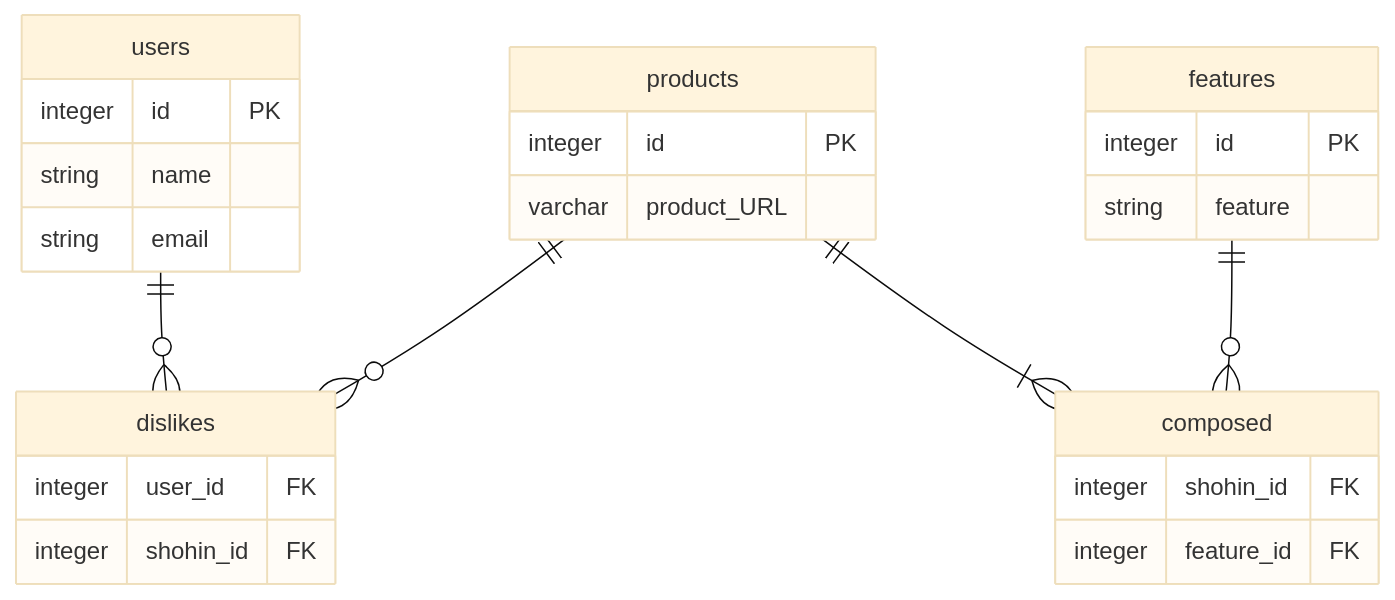
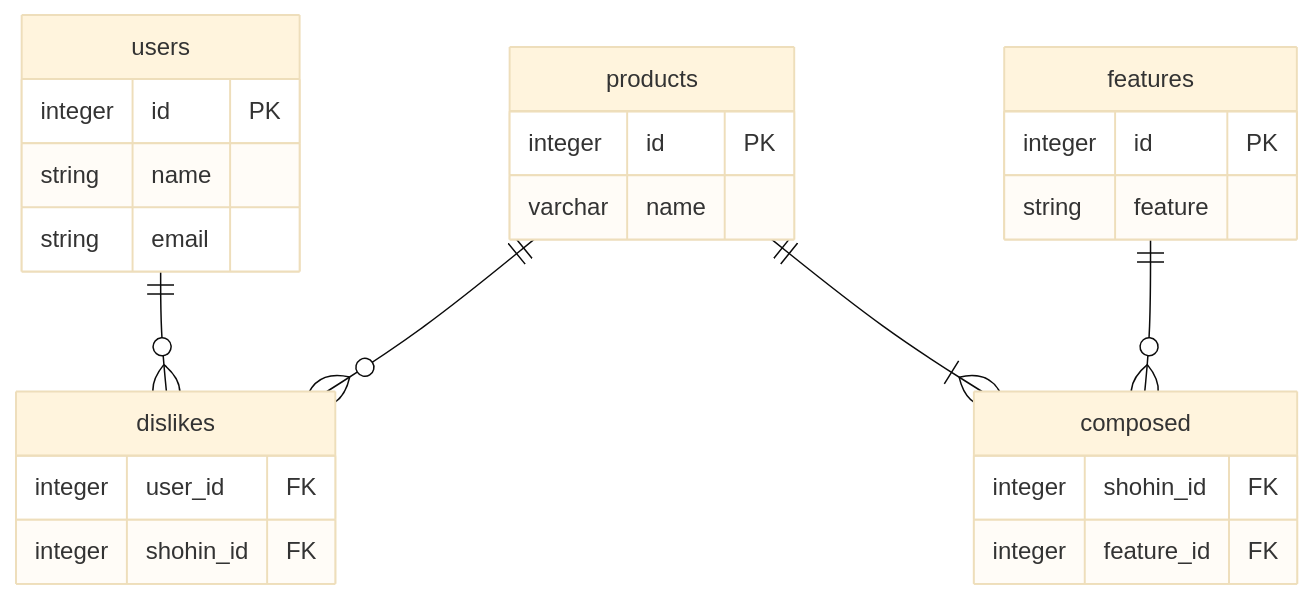
Before and after one commit to bellmmm/original_rails_app: the diagram in README.md, drawn with Mermaid (base theme). The commit also changed other lines of this file and 1 other file, not shown here.

Commit message:
[fix] reflected the rename

````diff
--- a/README.md
+++ b/README.md
@@ -83,34 +83,34 @@
 ```mermaid
 erDiagram
 
 users ||--o{ dislikes: ""
 products ||--o{ dislikes:""
 products ||--|{ composed:""
 features ||--o{ composed:""
 
 users {
   integer id PK
   string name
   string email
 }
 
 dislikes {
   integer user_id FK
   integer shohin_id FK
 }
 
 products {
   integer id PK
-  varchar product_URL 
+  varchar name 
 }
 
 composed {
   integer shohin_id FK
   integer feature_id FK
 }
 
 features {
   integer id PK
   string feature
 }
 ```
````
